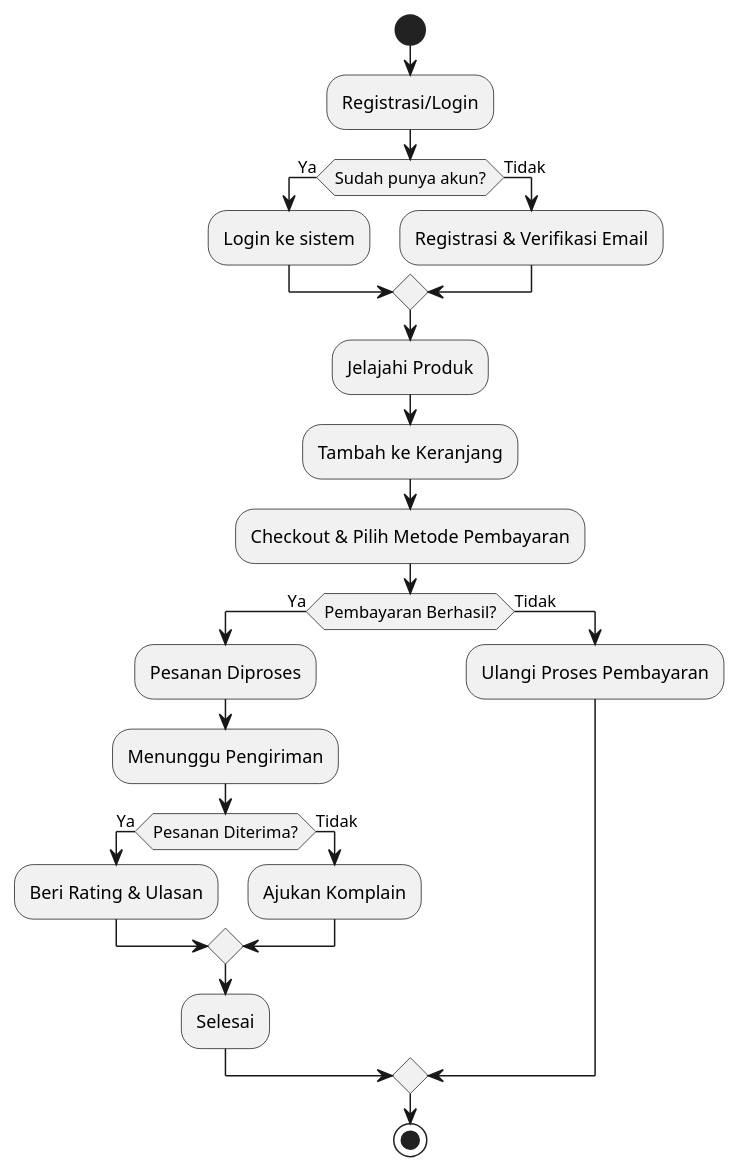
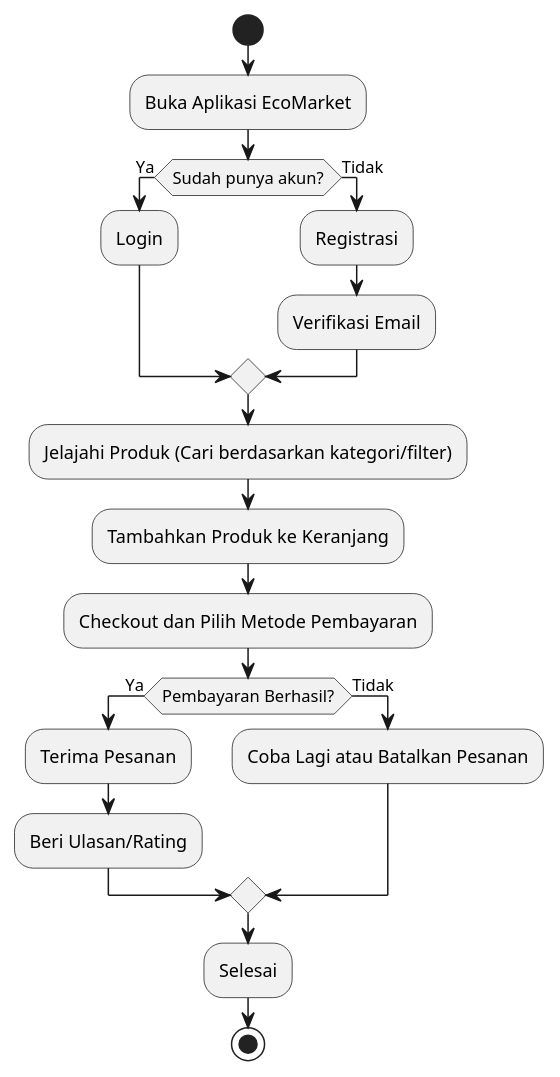
One commit to desales24/DAA changed the diagram in UAS/flowchat_use_case/flowchart/pengguna.puml. Above: the diagram before and after it, drawn with PlantUML. The commit also changed 5 other files, not shown here.

```diff
--- a/UAS/flowchat_use_case/flowchart/pengguna.puml
+++ b/UAS/flowchat_use_case/flowchart/pengguna.puml
@@ -1,25 +1,27 @@
 @startuml
 start
-:Registrasi/Login;
+
+:Buka Aplikasi EcoMarket;
+
 if (Sudah punya akun?) then (Ya)
-    :Login ke sistem;
+  :Login;
 else (Tidak)
-    :Registrasi & Verifikasi Email;
+  :Registrasi;
+  :Verifikasi Email;
 endif
-:Jelajahi Produk;
-:Tambah ke Keranjang;
-:Checkout & Pilih Metode Pembayaran;
+
+:Jelajahi Produk (Cari berdasarkan kategori/filter);
+:Tambahkan Produk ke Keranjang;
+:Checkout dan Pilih Metode Pembayaran;
+
 if (Pembayaran Berhasil?) then (Ya)
-    :Pesanan Diproses;
-    :Menunggu Pengiriman;
-    if (Pesanan Diterima?) then (Ya)
-        :Beri Rating & Ulasan;
-    else (Tidak)
-        :Ajukan Komplain;
-    endif
-    :Selesai;
+  :Terima Pesanan;
+  :Beri Ulasan/Rating;
 else (Tidak)
-    :Ulangi Proses Pembayaran;
+  :Coba Lagi atau Batalkan Pesanan;
 endif
+
+:Selesai;
+
 stop
 @enduml
```
